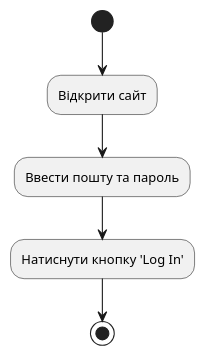
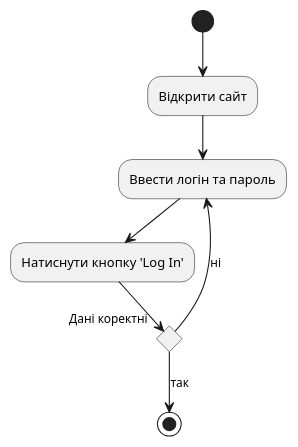
The diagram in doc/ux/A1.puml (carexoid/se-lab), drawn with PlantUML before and after one commit. The commit also changed 2 other files, not shown here.

Commit message:
#3 Update some diagrams

```diff
--- a/doc/ux/A1.puml
+++ b/doc/ux/A1.puml
@@ -1,7 +1,11 @@
 @startuml A1
 (*) --> "Відкрити сайт"
---> "Ввести пошту та пароль"
+--> "Ввести логін та пароль"
 --> "Натиснути кнопку 'Log In'"
---> (*)
+if "Дані коректні" then
+    -->[так](*)
+else
+    -->[ні] "Ввести логін та пароль"
+endif
 
 @enduml
```
